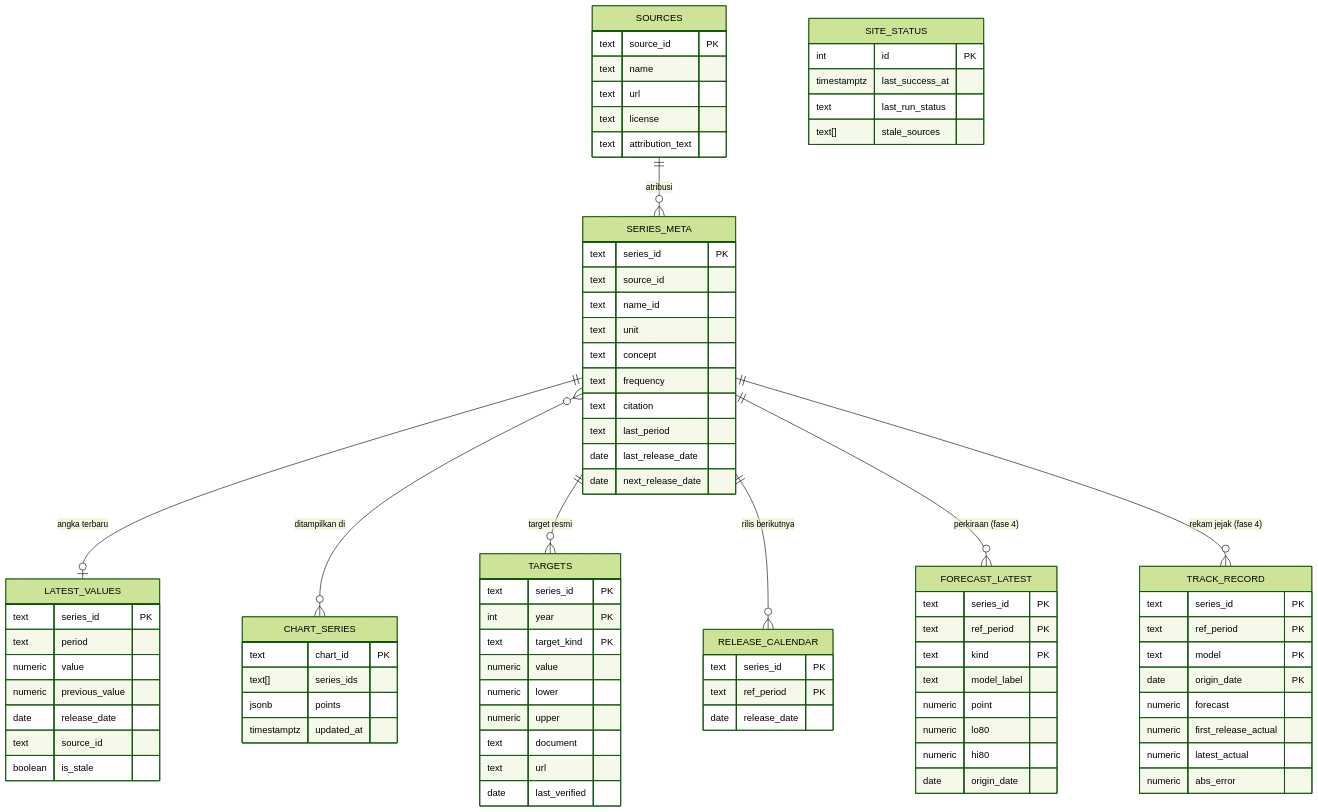
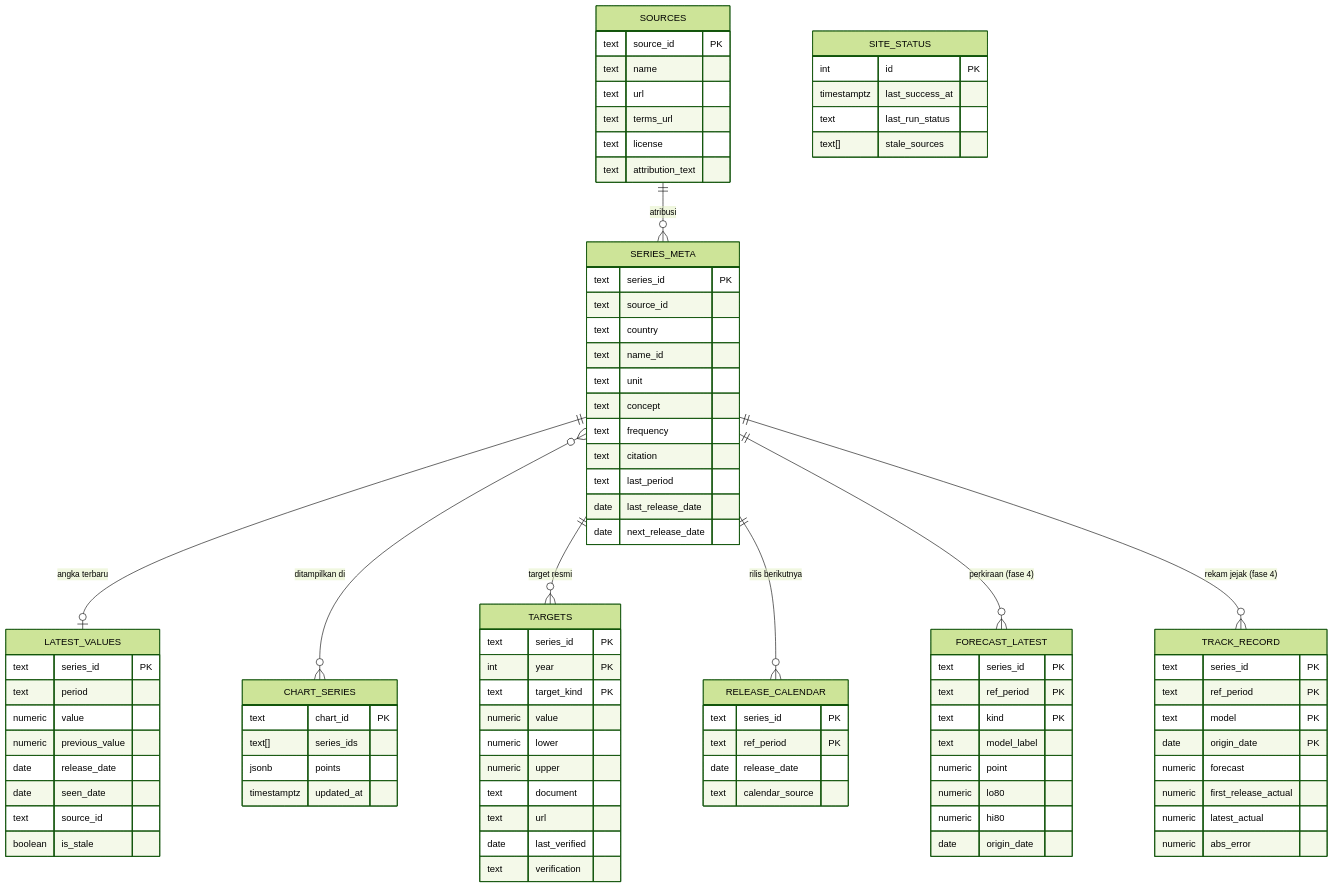
Before and after one commit to YonoBengkel/Con-Fore: the second of 2 diagrams in SCHEMA.md, drawn with Mermaid (forest theme). The commit also changed other lines of this file and 26 other files, not shown here.

```diff
--- a/SCHEMA.md
+++ b/SCHEMA.md
@@ -136,12 +141,14 @@
     text source_id PK
     text name
     text url
+    text terms_url
     text license
     text attribution_text
   }
   SERIES_META {
     text series_id PK
     text source_id
+    text country
     text name_id
     text unit
     text concept
@@ -157,6 +164,7 @@
     numeric value
     numeric previous_value
     date release_date
+    date seen_date
     text source_id
     boolean is_stale
   }
@@ -176,11 +184,13 @@
     text document
     text url
     date last_verified
+    text verification
   }
   RELEASE_CALENDAR {
     text series_id PK
     text ref_period PK
     date release_date
+    text calendar_source
   }
   FORECAST_LATEST {
     text series_id PK
```
